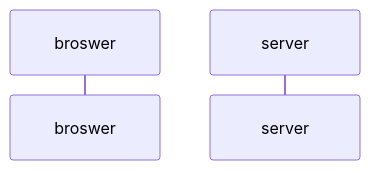
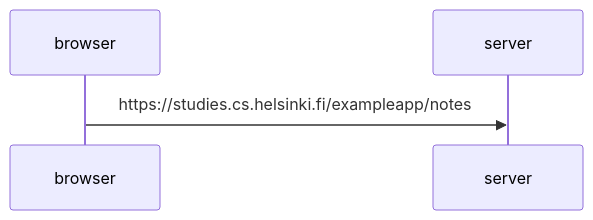
One commit to SORNISITH/example_app changed the second of 2 diagrams in README.md. Above: the diagram before and after it, drawn with Mermaid.

````diff
--- a/README.md
+++ b/README.md
@@ -44,7 +44,8 @@
 ```mermaid
 sequenceDiagram;
-participant broswer;
+participant browser;
 participant server;
 
+browser->>server: https://studies.cs.helsinki.fi/exampleapp/notes;
 
 ```
````
